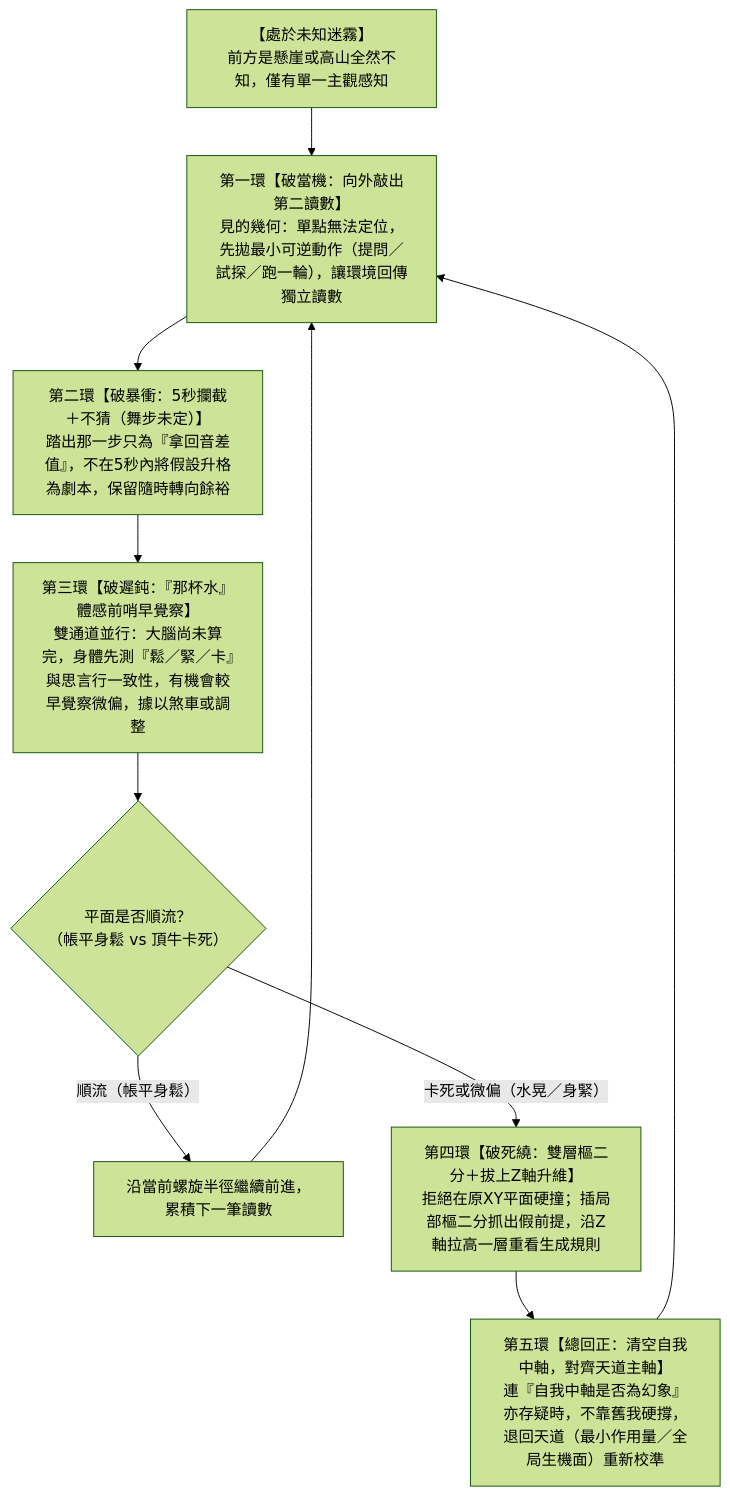
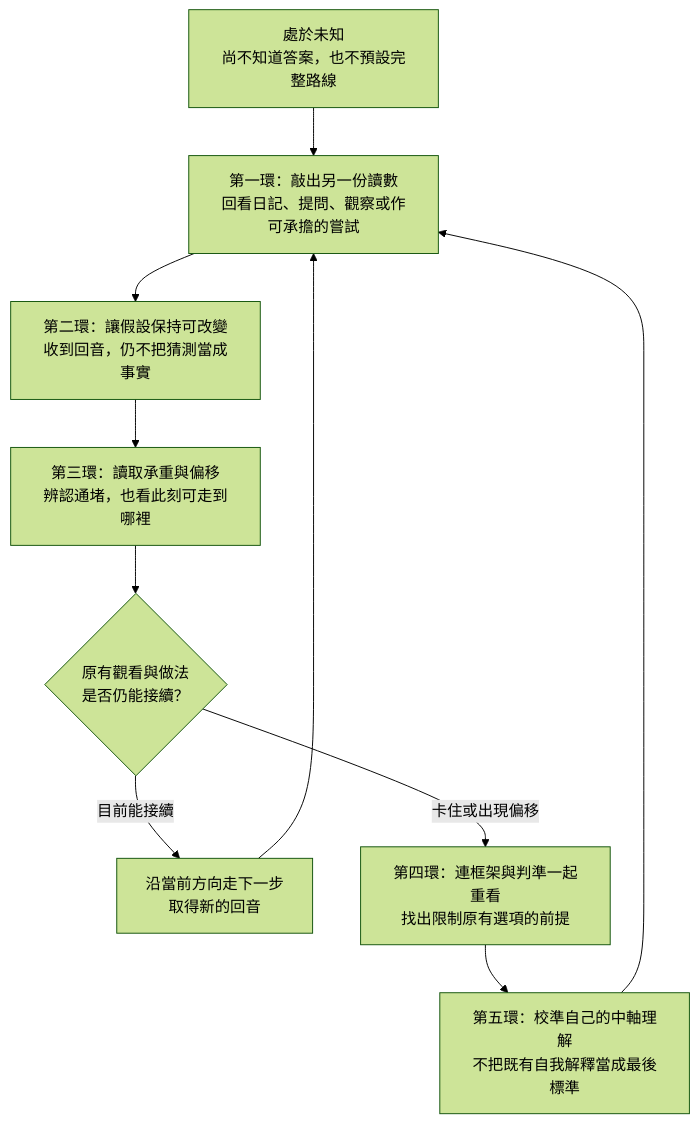
One commit to BakiCheng/living-navigation-research-public changed the diagram in docs/system-development-map.md. Above: the diagram before and after it, drawn with Mermaid (forest theme). The commit also changed other lines of this file and 3 other files, not shown here.

First line of the commit message:
docs: publish approved v0.16 reader map and positioning figure

````diff
--- a/docs/system-development-map.md
+++ b/docs/system-development-map.md
@@ -171,12 +244,12 @@
 ```mermaid
 flowchart TD
-    A["【處於未知迷霧】<br/>前方是懸崖或高山全然不知，僅有單一主觀感知"] --> B["第一環【破當機：向外敲出第二讀數】<br/>見的幾何：單點無法定位，先拋最小可逆動作（提問／試探／跑一輪），讓環境回傳獨立讀數"]
-    B --> C["第二環【破暴衝：5秒攔截＋不猜（舞步未定）】<br/>踏出那一步只為『拿回音差值』，不在5秒內將假設升格為劇本，保留隨時轉向餘裕"]
-    C --> D["第三環【破遲鈍：『那杯水』體感前哨早覺察】<br/>雙通道並行：大腦尚未算完，身體先測『鬆／緊／卡』與思言行一致性，有機會較早覺察微偏，據以煞車或調整"]
-    D --> E{"平面是否順流？<br/>（帳平身鬆 vs 頂牛卡死）"}
-    E -- "順流（帳平身鬆）" --> F["沿當前螺旋半徑繼續前進，累積下一筆讀數"]
-    E -- "卡死或微偏（水晃／身緊）" --> G["第四環【破死繞：雙層樞二分＋拔上Z軸升維】<br/>拒絕在原XY平面硬撞；插局部樞二分抓出假前提，沿Z軸拉高一層重看生成規則"]
-    G --> H["第五環【總回正：清空自我中軸，對齊天道主軸】<br/>連『自我中軸是否為幻象』亦存疑時，不靠舊我硬撐，退回天道（最小作用量／全局生機面）重新校準"]
-    H --> B
-    F --> B
+    U["處於未知<br/>尚不知道答案，也不預設完整路線"] --> A["第一環：敲出另一份讀數<br/>回看日記、提問、觀察或作可承擔的嘗試"]
+    A --> B["第二環：讓假設保持可改變<br/>收到回音，仍不把猜測當成事實"]
+    B --> C["第三環：讀取承重與偏移<br/>辨認通堵，也看此刻可走到哪裡"]
+    C --> Q{"原有觀看與做法<br/>是否仍能接續？"}
+    Q -- "目前能接續" --> R["沿當前方向走下一步<br/>取得新的回音"]
+    R --> A
+    Q -- "卡住或出現偏移" --> D["第四環：連框架與判準一起重看<br/>找出限制原有選項的前提"]
+    D --> E["第五環：校準自己的中軸理解<br/>不把既有自我解釋當成最後標準"]
+    E --> A
 ```
````
